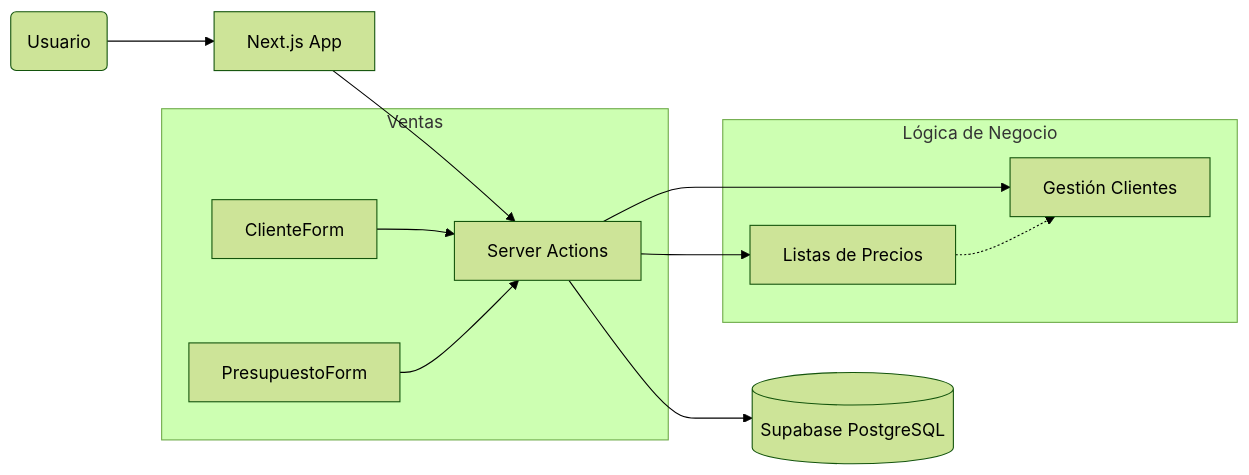
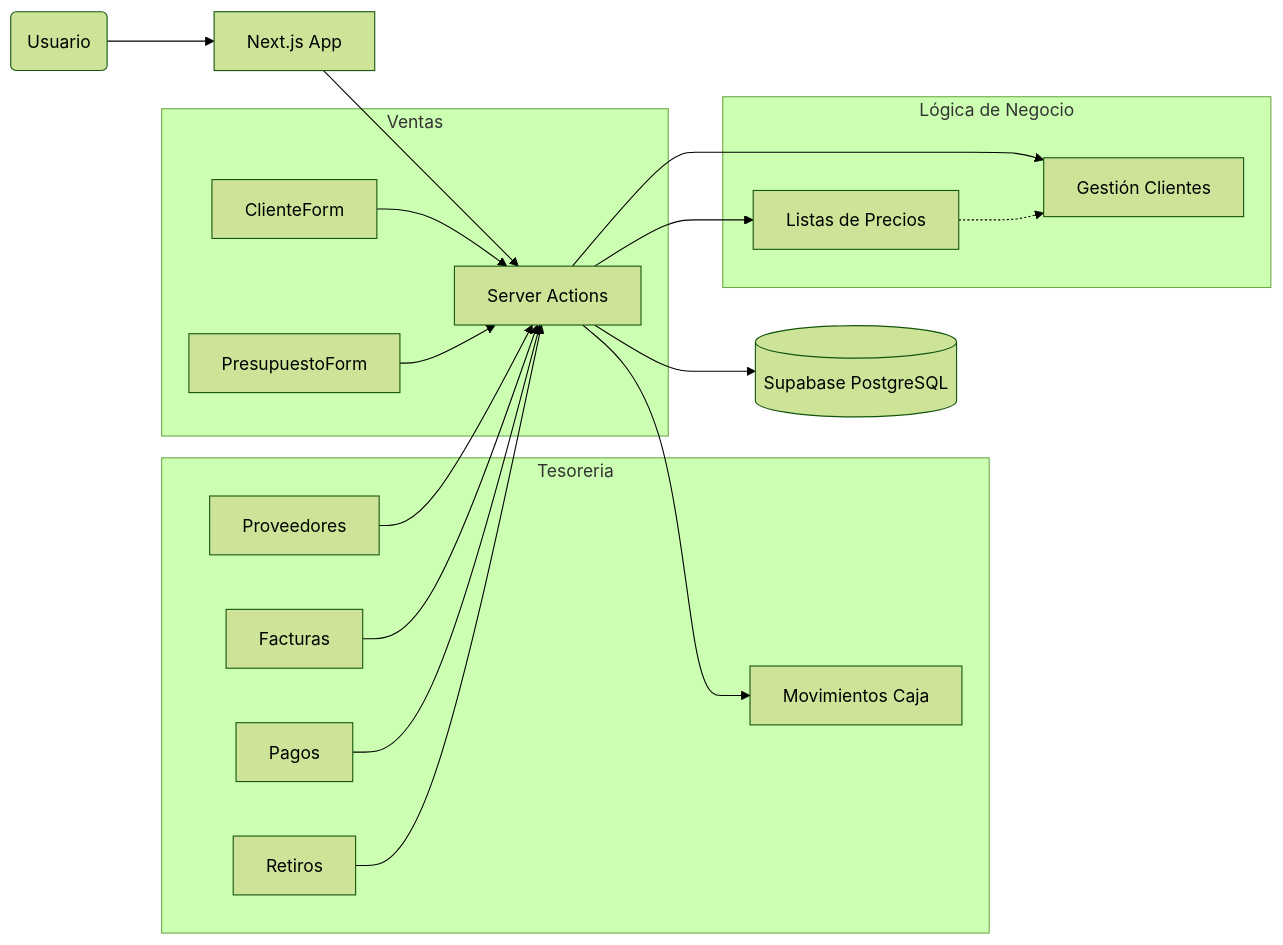
One commit to jimmycarp966/avicoladelsur changed the diagram in docs/diagrams/architecture.mmd. Above: the diagram before and after it, drawn with Mermaid (forest theme). The commit also changed 16 other files, not shown here.

Commit message:
docs: actualizar architecture_summary + changelog  Completar Tesorería (Proveedores/Retiros)

```diff
--- a/docs/diagrams/architecture.mmd
+++ b/docs/diagrams/architecture.mmd
@@ -1,15 +1,23 @@
 graph LR
     User(Usuario) --> web[Next.js App]
     web --> API[Server Actions]
     API --> DB[(Supabase PostgreSQL)]
     
     subgraph Ventas
         ClienteForm --> API
         PresupuestoForm --> API
     end
     
+    subgraph Tesoreria
+        Proveedores --> API
+        Facturas --> API
+        Pagos --> API
+        Retiros --> API
+        API --> Cajas[Movimientos Caja]
+    end
+    
     subgraph Lógica de Negocio
         API --> ListasPrecios[Listas de Precios]
         API --> Clientes[Gestión Clientes]
         ListasPrecios -.-> Clientes
     end
```
